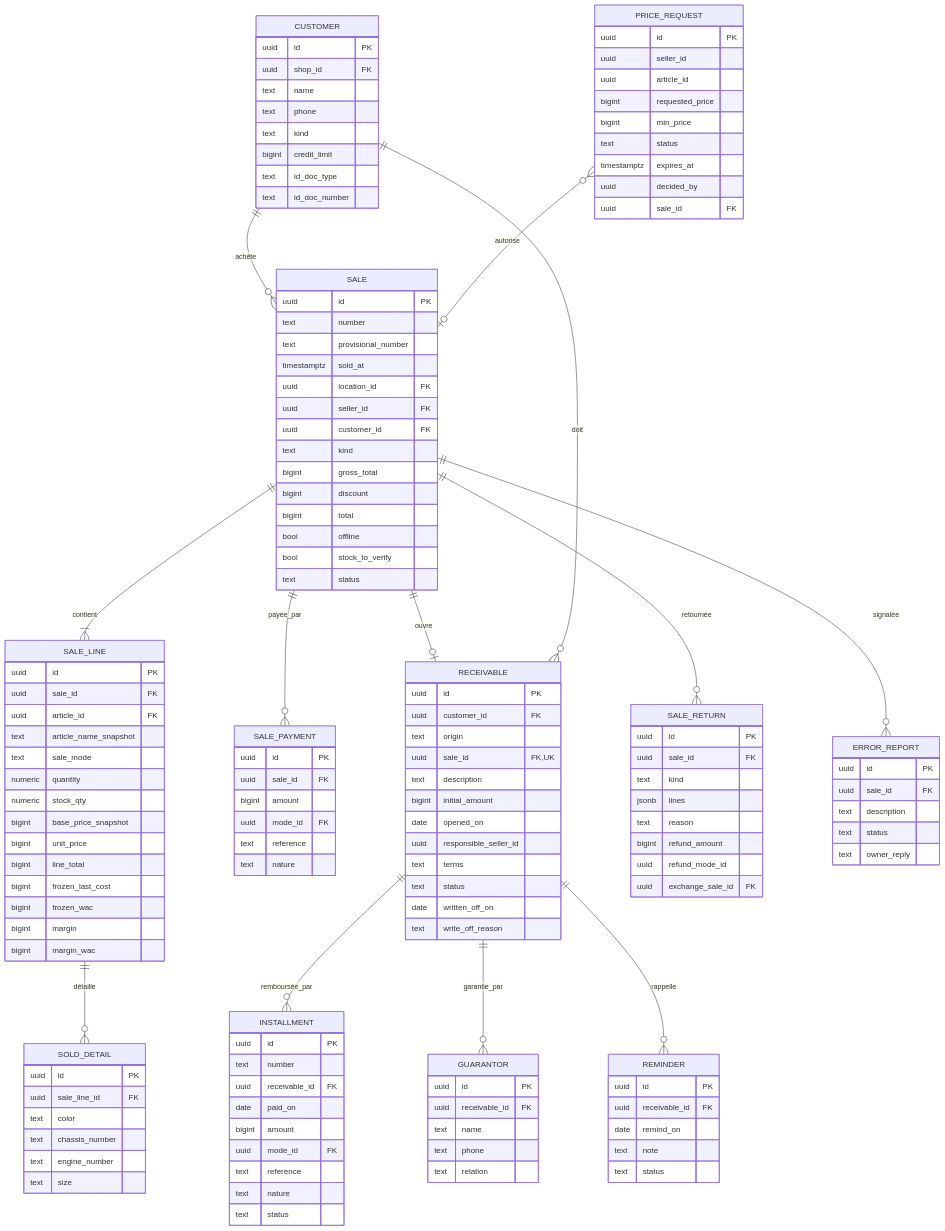
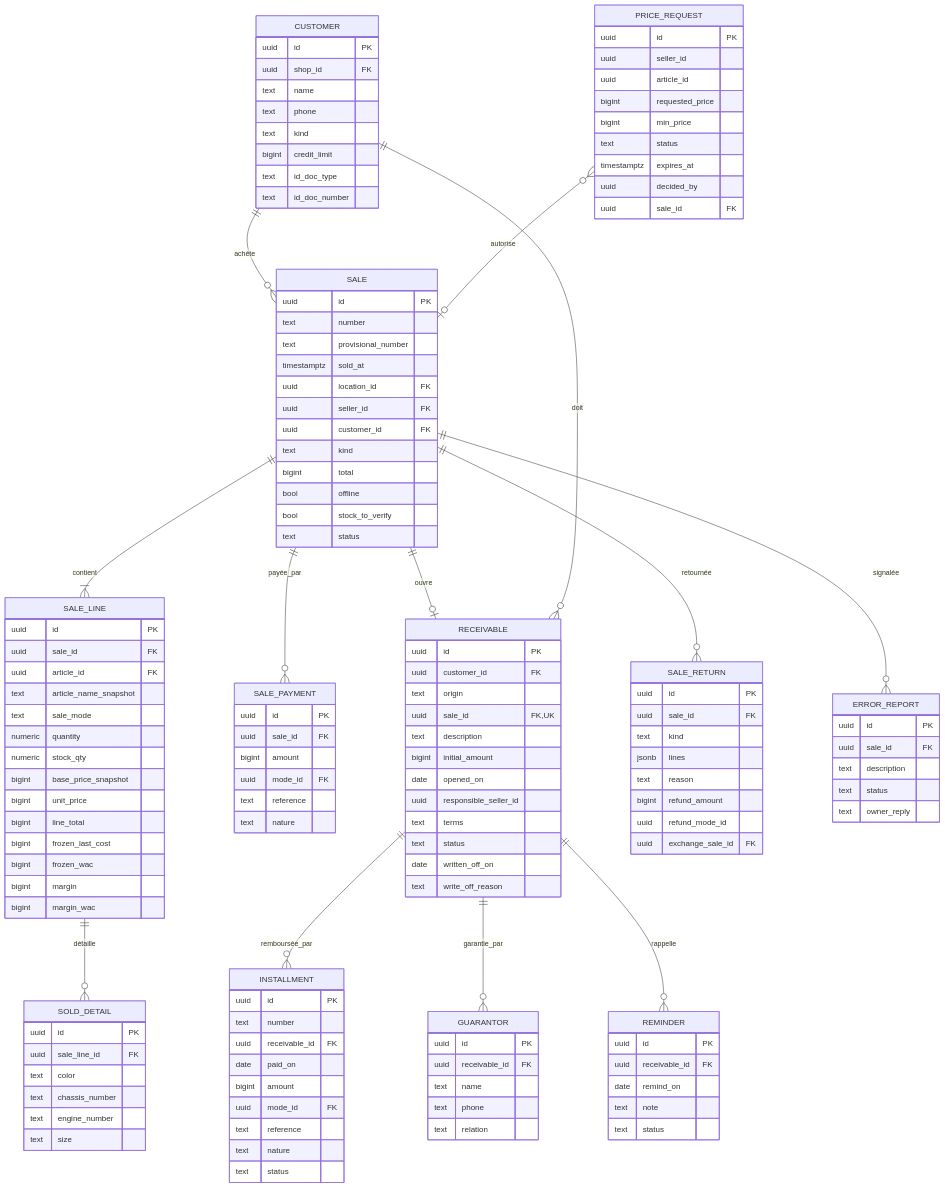
The seventh of 16 diagrams in specs.md (diddifreecmr-droid/gestion-de-boutique), drawn with Mermaid before and after one commit. The commit also changed other lines of this file, not shown here.

```diff
--- a/specs.md
+++ b/specs.md
@@ -672,8 +672,6 @@
         uuid seller_id FK
         uuid customer_id FK
         text kind
-        bigint gross_total
-        bigint discount
         bigint total
         bool offline
         bool stock_to_verify
```
